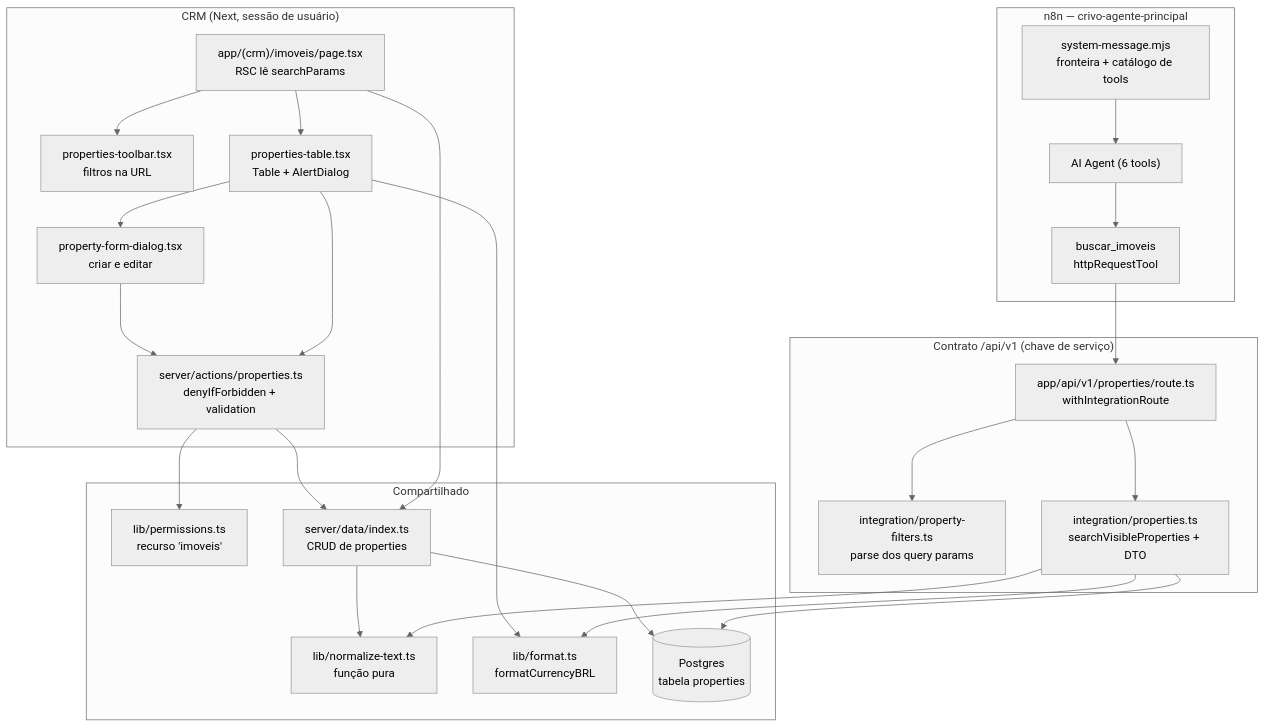
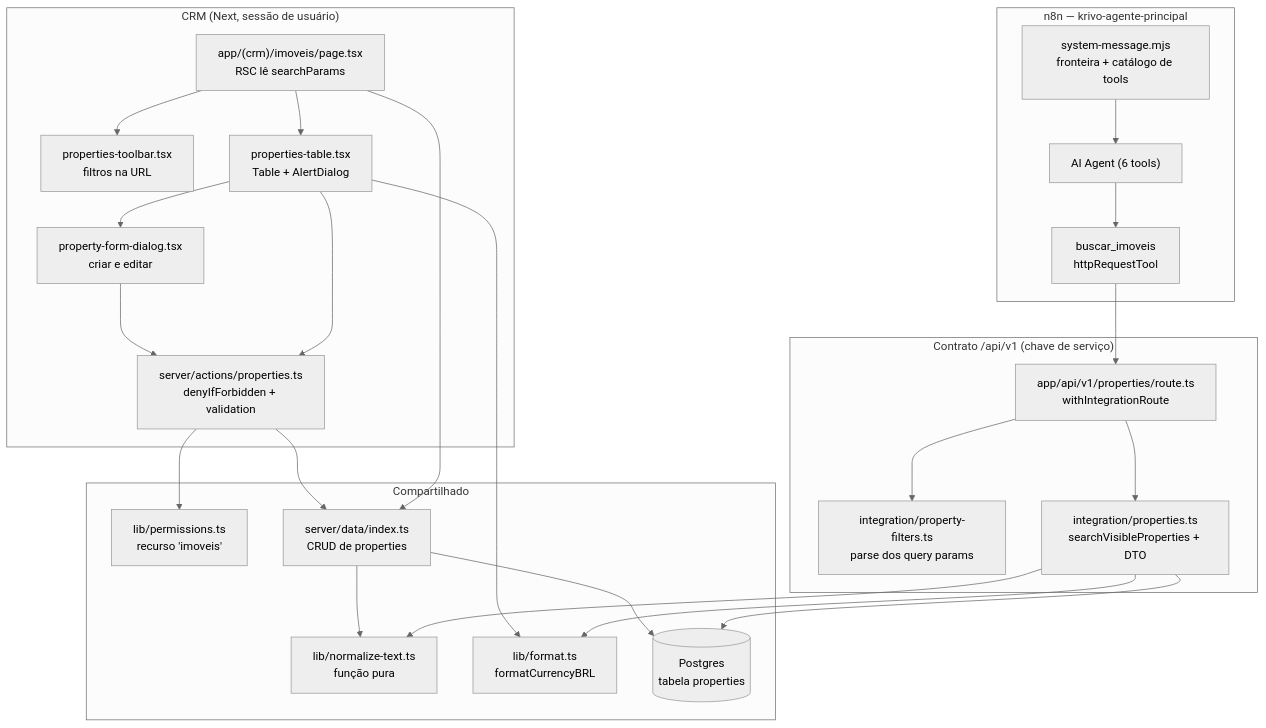
The diagram in .specs/features/lote-11-catalogo-de-imoveis/design.md (Arthur1050/crivo), drawn with Mermaid (neutral theme) before and after one commit. The commit also changed other lines of this file and 207 other files, not shown here.

````diff
--- a/.specs/features/lote-11-catalogo-de-imoveis/design.md
+++ b/.specs/features/lote-11-catalogo-de-imoveis/design.md
@@ -88,51 +88,51 @@
 ```mermaid
 graph TD
     subgraph CRM["CRM (Next, sessão de usuário)"]
         PAGE["app/(crm)/imoveis/page.tsx<br/>RSC lê searchParams"]
         TOOLBAR["properties-toolbar.tsx<br/>filtros na URL"]
         TABLE["properties-table.tsx<br/>Table + AlertDialog"]
         FORM["property-form-dialog.tsx<br/>criar e editar"]
         ACTIONS["server/actions/properties.ts<br/>denyIfForbidden + validation"]
     end
 
     subgraph SHARED["Compartilhado"]
         PERM["lib/permissions.ts<br/>recurso 'imoveis'"]
         NORM["lib/normalize-text.ts<br/>função pura"]
         FMT["lib/format.ts<br/>formatCurrencyBRL"]
         DAL["server/data/index.ts<br/>CRUD de properties"]
         DB[("Postgres<br/>tabela properties")]
     end
 
     subgraph CONTRATO["Contrato /api/v1 (chave de serviço)"]
         ROUTE["app/api/v1/properties/route.ts<br/>withIntegrationRoute"]
         FILTERS["integration/property-filters.ts<br/>parse dos query params"]
         SEARCH["integration/properties.ts<br/>searchVisibleProperties + DTO"]
     end
 
-    subgraph N8N["n8n — crivo-agente-principal"]
+    subgraph N8N["n8n — krivo-agente-principal"]
         TOOL["buscar_imoveis<br/>httpRequestTool"]
         SYS["system-message.mjs<br/>fronteira + catálogo de tools"]
         AGENT["AI Agent (6 tools)"]
     end
 
     PAGE --> TOOLBAR
     PAGE --> TABLE
     TABLE --> FORM
     FORM --> ACTIONS
     TABLE --> ACTIONS
     ACTIONS --> PERM
     ACTIONS --> DAL
     PAGE --> DAL
     DAL --> NORM
     DAL --> DB
     TABLE --> FMT
 
     TOOL --> ROUTE
     ROUTE --> FILTERS
     ROUTE --> SEARCH
     SEARCH --> NORM
     SEARCH --> FMT
     SEARCH --> DB
     SYS --> AGENT
     AGENT --> TOOL
 ```
````
